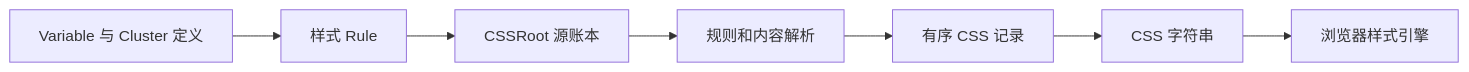
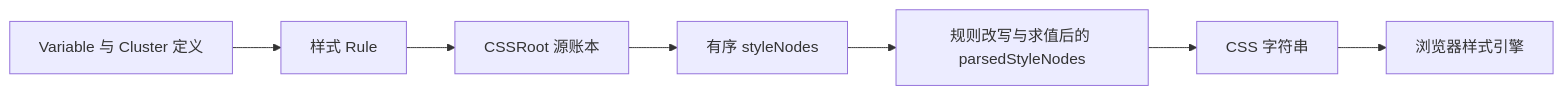
Before and after one commit to edsolater/uikit: the diagram in src/style-system/architecture.md, drawn with Mermaid. The commit also changed other lines of this file and 33 other files, not shown here.

````diff
--- a/src/style-system/architecture.md
+++ b/src/style-system/architecture.md
@@ -36,9 +37,9 @@
 ```mermaid
 flowchart LR
   Definition[Variable 与 Cluster 定义] --> Rule[样式 Rule]
   Rule --> Root[CSSRoot 源账本]
-  Root --> Resolve[规则和内容解析]
-  Resolve --> Records[有序 CSS 记录]
-  Records --> CSS[CSS 字符串]
+  Root --> Nodes[有序 styleNodes]
+  Nodes --> Parsed[规则改写与求值后的 parsedStyleNodes]
+  Parsed --> CSS[CSS 字符串]
   CSS --> Browser[浏览器样式引擎]
 ```
````
